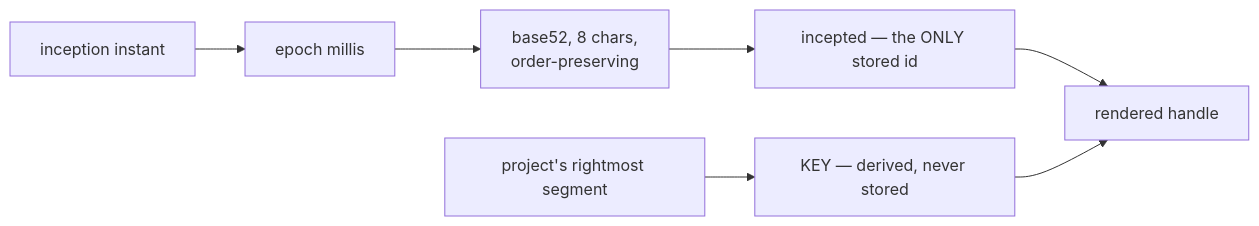
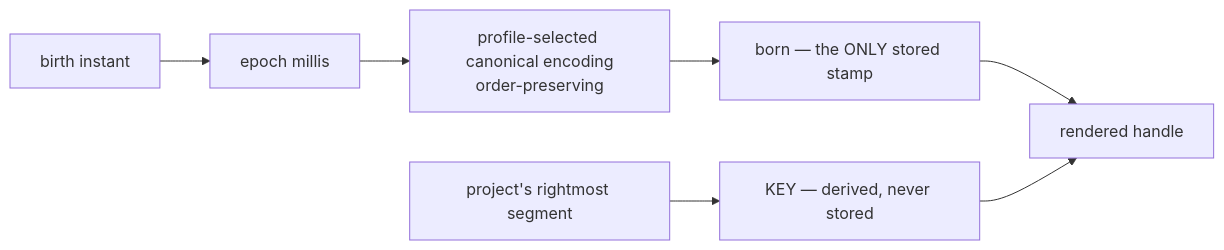
One commit to infimalabs/spice-rust changed the sixth of 9 diagrams in docs/product/model/domain.md. Above: the diagram before and after it, drawn with Mermaid. The commit also changed other lines of this file and 71 other files, not shown here.

````diff
--- a/docs/product/model/domain.md
+++ b/docs/product/model/domain.md
@@ -93,9 +94,9 @@
 ```mermaid
 flowchart LR
-  T["inception instant"] --> E["epoch millis"]
-  E --> B["base52, 8 chars,<br/>order-preserving"]
-  B --> I["incepted — the ONLY stored id"]
+  T["birth instant"] --> E["epoch millis"]
+  E --> B["profile-selected canonical encoding<br/>order-preserving"]
+  B --> I["born — the ONLY stored stamp"]
   P["project's rightmost segment"] --> K["KEY — derived, never stored"]
   I --> H["rendered handle"]
   K --> H
 ```
````
